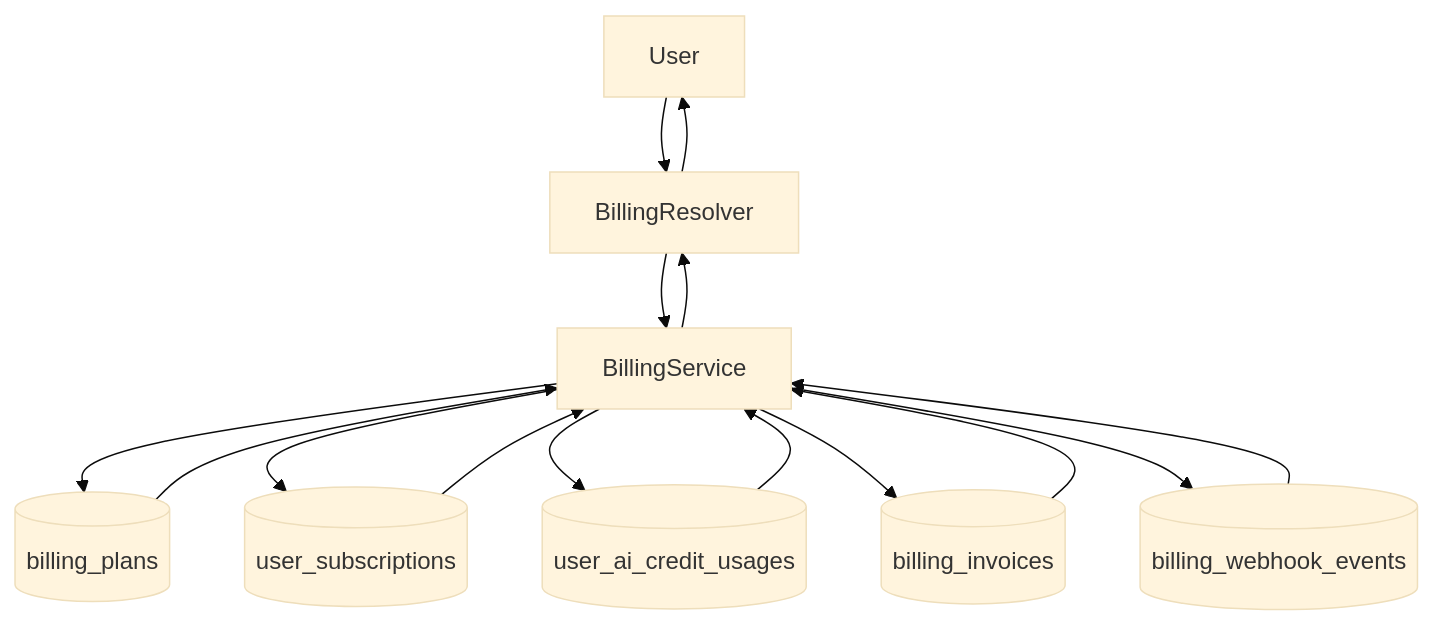
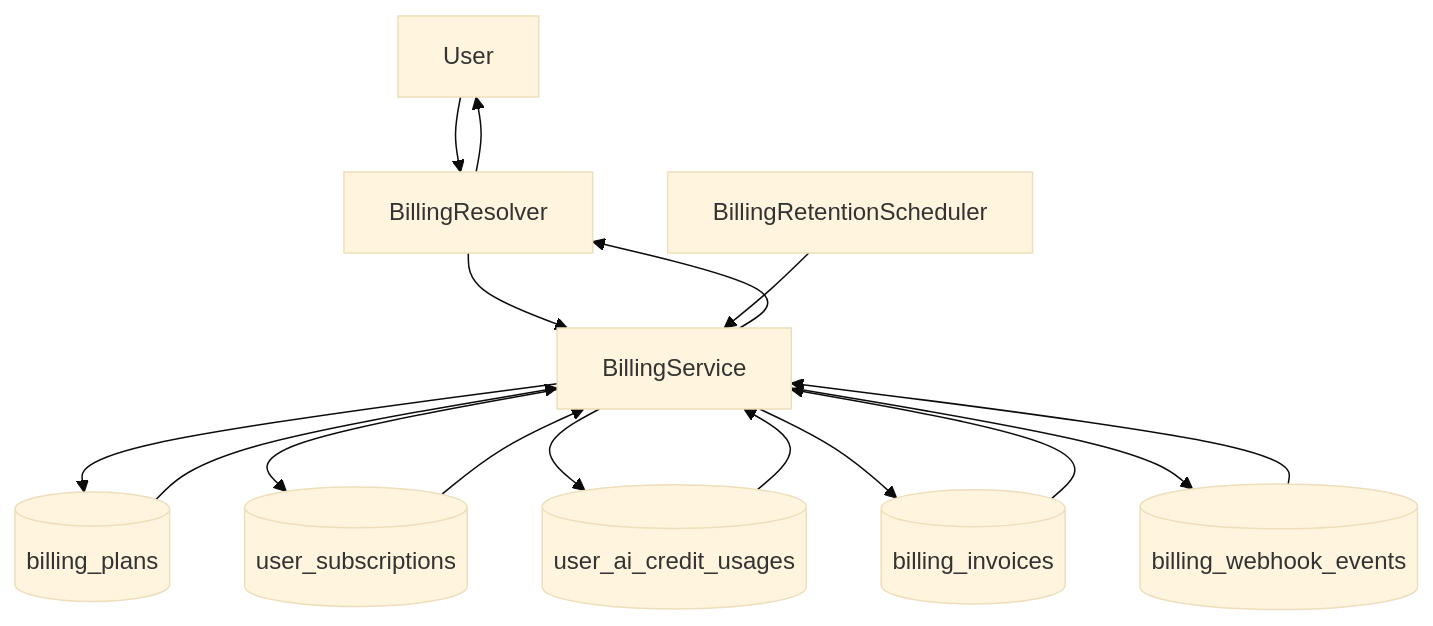
Before and after one commit to AmanVatsSharma/MailZen-Smart-Email-Management: the diagram in apps/backend/src/billing/README.md, drawn with Mermaid (base theme). The commit also changed other lines of this file and 13 other files, not shown here.

Commit message:
Add billing data export and retention compliance controls

````diff
--- a/apps/backend/src/billing/README.md
+++ b/apps/backend/src/billing/README.md
@@ -46,17 +51,18 @@
 ```mermaid
 flowchart TD
   User --> Resolver[BillingResolver]
   Resolver --> Service[BillingService]
   Service --> PlanRepo[(billing_plans)]
   Service --> SubRepo[(user_subscriptions)]
   Service --> AiUsageRepo[(user_ai_credit_usages)]
   Service --> InvoiceRepo[(billing_invoices)]
   Service --> WebhookRepo[(billing_webhook_events)]
+  Scheduler[BillingRetentionScheduler] --> Service
   PlanRepo --> Service
   SubRepo --> Service
   AiUsageRepo --> Service
   InvoiceRepo --> Service
   WebhookRepo --> Service
   Service --> Resolver
   Resolver --> User
 ```
````
